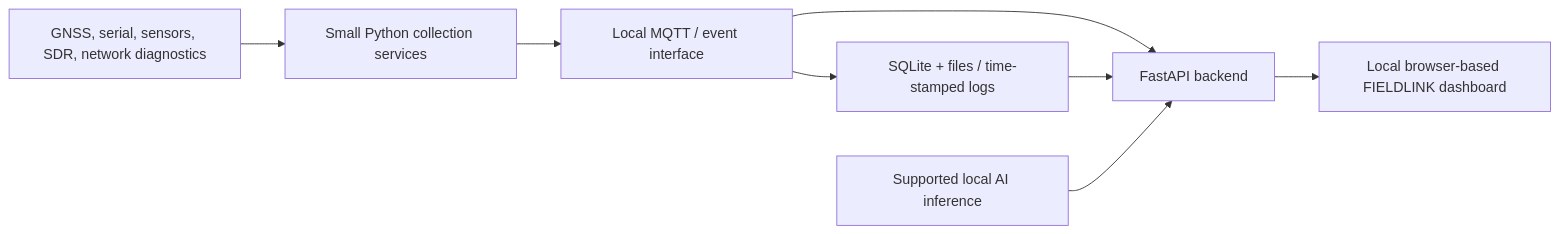
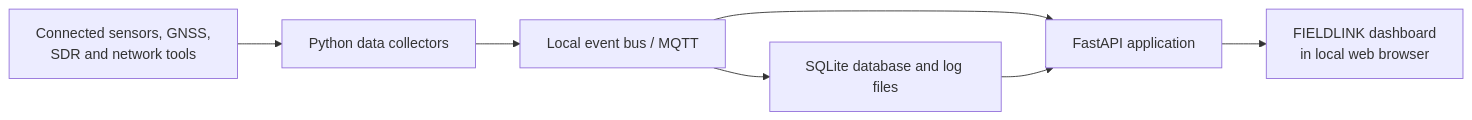
Before and after one commit to Rafay-316/FIELDLINK: the second of 2 diagrams in README.md, drawn with Mermaid. The commit also changed other lines of this file, not shown here.

````diff
--- a/README.md
+++ b/README.md
@@ -53,10 +76,9 @@
 ```mermaid
 flowchart LR
-    SRC[GNSS, serial, sensors, SDR, network diagnostics] --> AGENTS[Small Python collection services]
-    AGENTS --> BUS[Local MQTT / event interface]
-    BUS --> DB[SQLite + files / time-stamped logs]
-    BUS --> API[FastAPI backend]
-    DB --> API
-    API --> DASH[Local browser-based FIELDLINK dashboard]
-    AI[Supported local AI inference] --> API
+    H["Connected sensors, GNSS,<br/>SDR and network tools"] --> A["Python data collectors"]
+    A --> M["Local event bus / MQTT"]
+    M --> Q["SQLite database and log files"]
+    M --> F["FastAPI application"]
+    Q --> F
+    F --> U["FIELDLINK dashboard<br/>in local web browser"]
 ```
````
